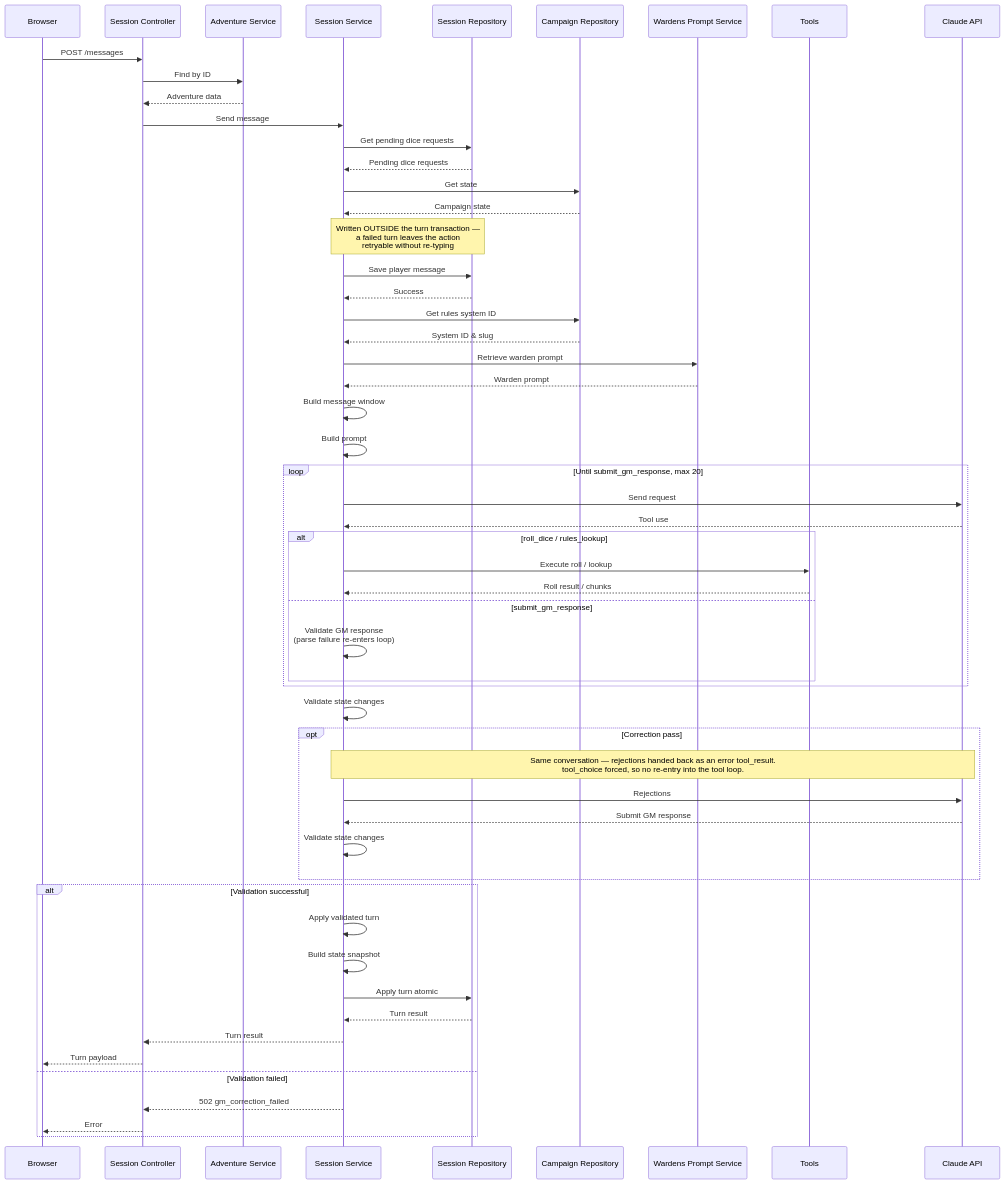
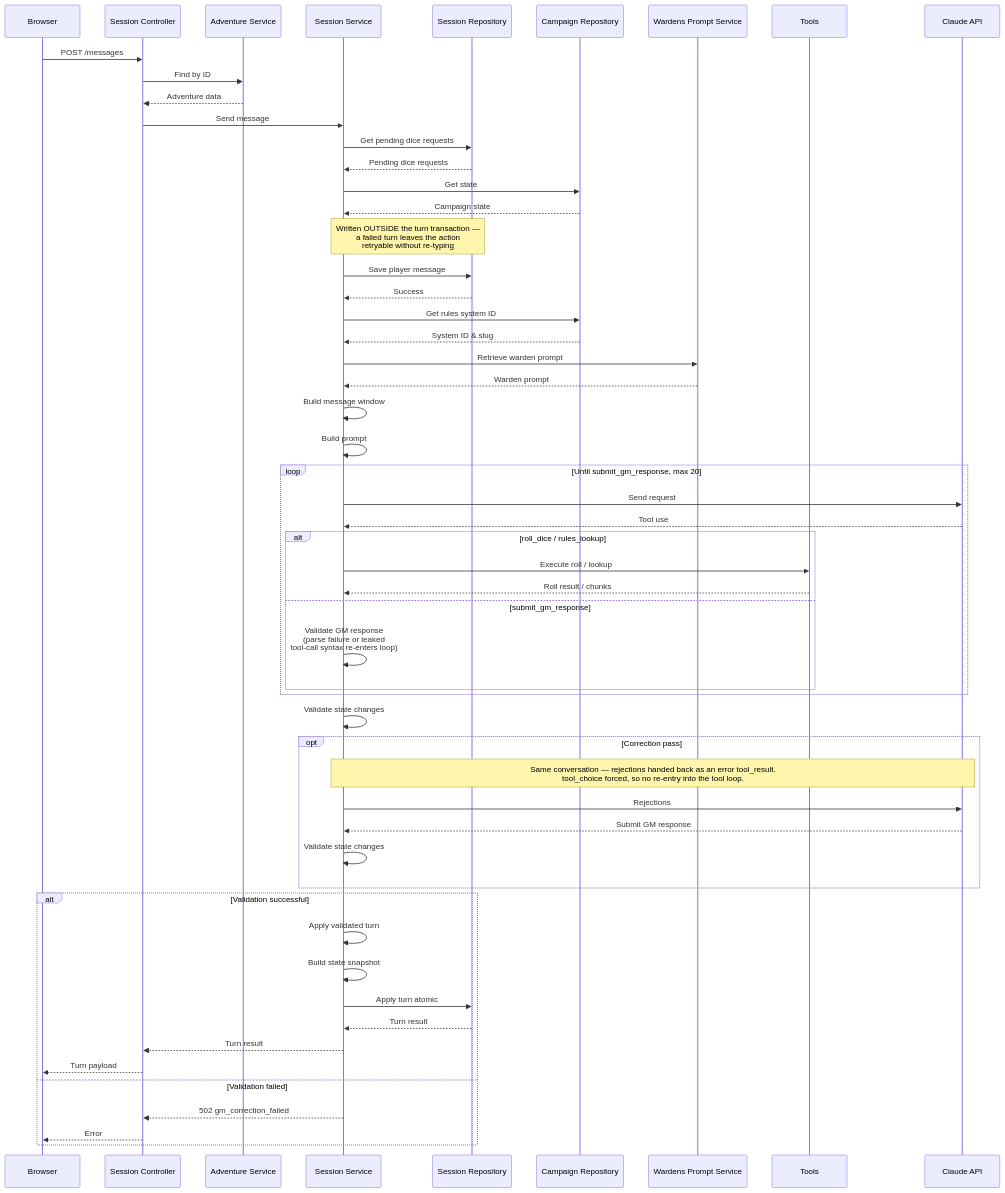
One commit to automata-codex/unicorn changed the diagram in docs/turn-path.md. Above: the diagram before and after it, drawn with Mermaid. The commit also changed other lines of this file and 11 other files, not shown here.

````diff
--- a/docs/turn-path.md
+++ b/docs/turn-path.md
@@ -7,67 +7,67 @@
 ```mermaid
 sequenceDiagram
     participant Browser
     participant SeshCon as Session Controller
     participant AdvSvc as Adventure Service
     participant SeshSvc as Session Service
     participant SeshRepo as Session Repository
     participant CamRepo as Campaign Repository
     participant Wardens as Wardens Prompt Service
     participant Tools
     participant Claude as Claude API
 
     Browser->>SeshCon:POST /messages
     SeshCon->>AdvSvc:Find by ID
     AdvSvc-->>SeshCon:Adventure data
     SeshCon->>SeshSvc:Send message
 
     SeshSvc->>SeshRepo:Get pending dice requests
     SeshRepo-->>SeshSvc:Pending dice requests
 
     SeshSvc->>CamRepo:Get state
     CamRepo-->>SeshSvc:Campaign state
 
     Note over SeshSvc,SeshRepo: Written OUTSIDE the turn transaction —<br/>a failed turn leaves the action<br/>retryable without re-typing
     SeshSvc->>SeshRepo:Save player message
     SeshRepo-->>SeshSvc:Success
     SeshSvc->>CamRepo:Get rules system ID
     CamRepo-->>SeshSvc:System ID & slug
     SeshSvc->>Wardens:Retrieve warden prompt
     Wardens-->>SeshSvc:Warden prompt
 
     SeshSvc->>SeshSvc:Build message window
     SeshSvc->>SeshSvc:Build prompt
 
     loop Until submit_gm_response, max 20
         SeshSvc->>Claude:Send request
         Claude-->>SeshSvc:Tool use
         alt roll_dice / rules_lookup
             SeshSvc->>Tools:Execute roll / lookup
             Tools-->>SeshSvc:Roll result / chunks
         else submit_gm_response
-            SeshSvc->>SeshSvc:Validate GM response<br/>(parse failure re-enters loop)
+            SeshSvc->>SeshSvc:Validate GM response<br/>(parse failure or leaked<br/>tool-call syntax re-enters loop)
         end
     end
 
     SeshSvc->>SeshSvc:Validate state changes
 
     opt Correction pass
         Note over SeshSvc,Claude: Same conversation — rejections handed back as an error tool_result.<br/>tool_choice forced, so no re-entry into the tool loop.
         SeshSvc->>Claude:Rejections
         Claude-->>SeshSvc:Submit GM response
         SeshSvc->>SeshSvc:Validate state changes
     end
 
     alt Validation successful
         SeshSvc->>SeshSvc:Apply validated turn
         SeshSvc->>SeshSvc:Build state snapshot
         SeshSvc->>SeshRepo:Apply turn atomic
         SeshRepo-->>SeshSvc:Turn result
 
         SeshSvc-->>SeshCon:Turn result
         SeshCon-->>Browser:Turn payload
     else Validation failed
         SeshSvc-->>SeshCon:502 gm_correction_failed
         SeshCon-->>Browser:Error
     end
 ```
````
